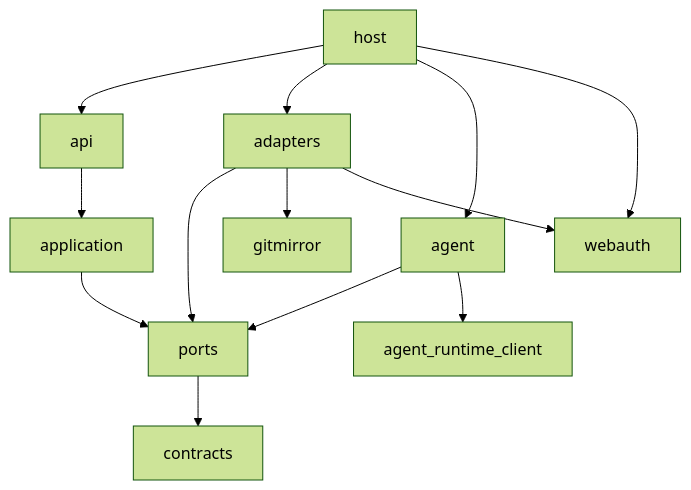
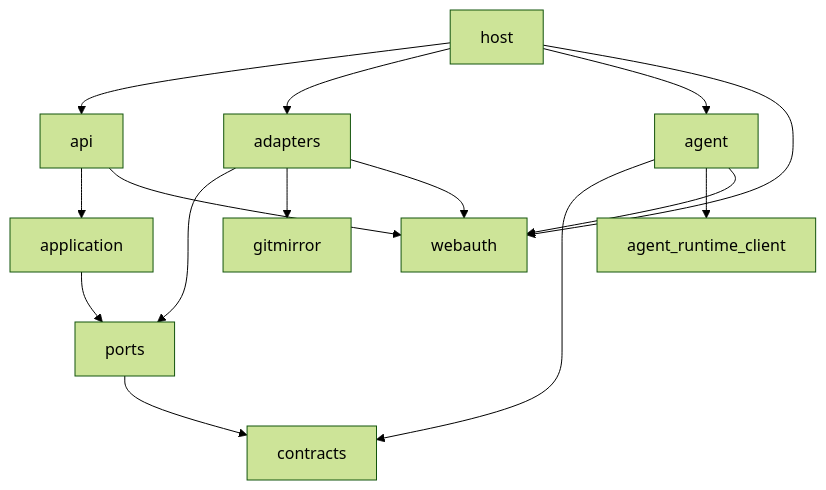
Before and after one commit to overnightworks/presentator: the second of 3 diagrams in docs/ARCHITECTURE.md, drawn with Mermaid (forest theme). The commit also changed other lines of this file, not shown here.

First line of the commit message:
Correct the architecture overview's dependency edges, library rule and persistence sentence

````diff
--- a/docs/ARCHITECTURE.md
+++ b/docs/ARCHITECTURE.md
@@ -37,15 +37,17 @@
 ```mermaid
 flowchart TD
     host --> api
     host --> adapters
     host --> agent
     api --> application
     adapters --> ports
-    agent --> ports
+    agent --> contracts
     application --> ports
     ports --> contracts
     adapters --> gitmirror
     agent --> arc[agent_runtime_client]
     host --> webauth
+    api --> webauth
+    agent --> webauth
     adapters --> webauth
 ```
````
